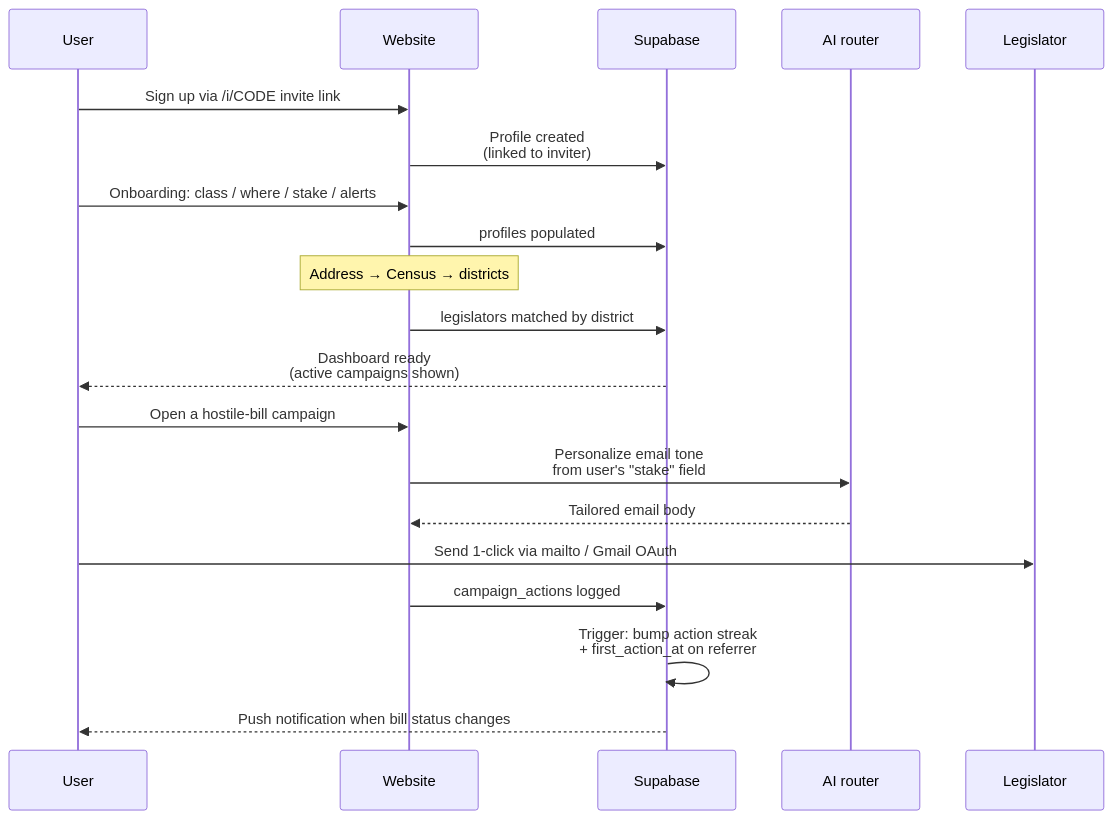
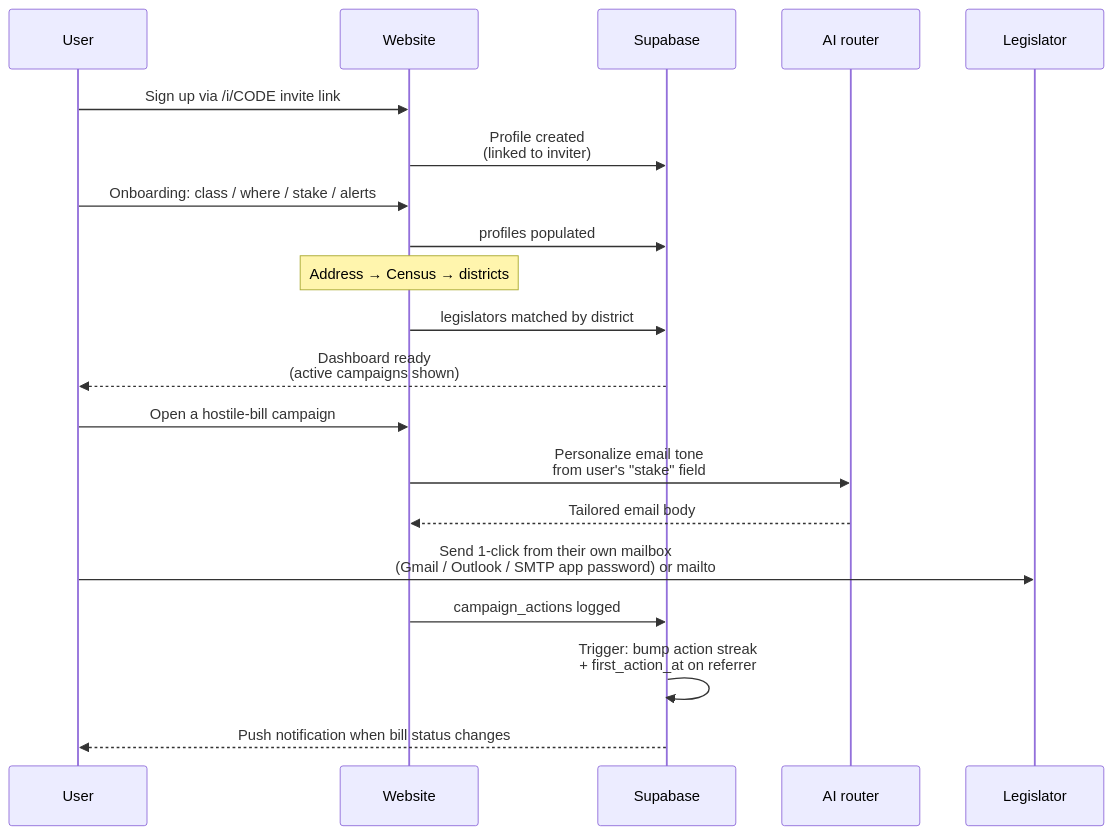
The sixth of 10 diagrams in ARCHITECTURE_PUBLIC.md (ohjustadam/ikratom), drawn with Mermaid before and after one commit. The commit also changed other lines of this file and 20 other files, not shown here.

````diff
--- a/ARCHITECTURE_PUBLIC.md
+++ b/ARCHITECTURE_PUBLIC.md
@@ -172,24 +172,24 @@
 ```mermaid
 sequenceDiagram
     participant U as User
     participant W as Website
     participant DB as Supabase
     participant AI as AI router
     participant L as Legislator
 
     U->>W: Sign up via /i/CODE invite link
     W->>DB: Profile created<br/>(linked to inviter)
     U->>W: Onboarding: class / where / stake / alerts
     W->>DB: profiles populated
     Note over W: Address → Census → districts
     W->>DB: legislators matched by district
     DB-->>U: Dashboard ready<br/>(active campaigns shown)
 
     U->>W: Open a hostile-bill campaign
     W->>AI: Personalize email tone<br/>from user's "stake" field
     AI-->>W: Tailored email body
-    U->>L: Send 1-click via mailto / Gmail OAuth
+    U->>L: Send 1-click from their own mailbox<br/>(Gmail / Outlook / SMTP app password) or mailto
     W->>DB: campaign_actions logged
     DB->>DB: Trigger: bump action streak<br/>+ first_action_at on referrer
     DB-->>U: Push notification when bill status changes
 ```
````
